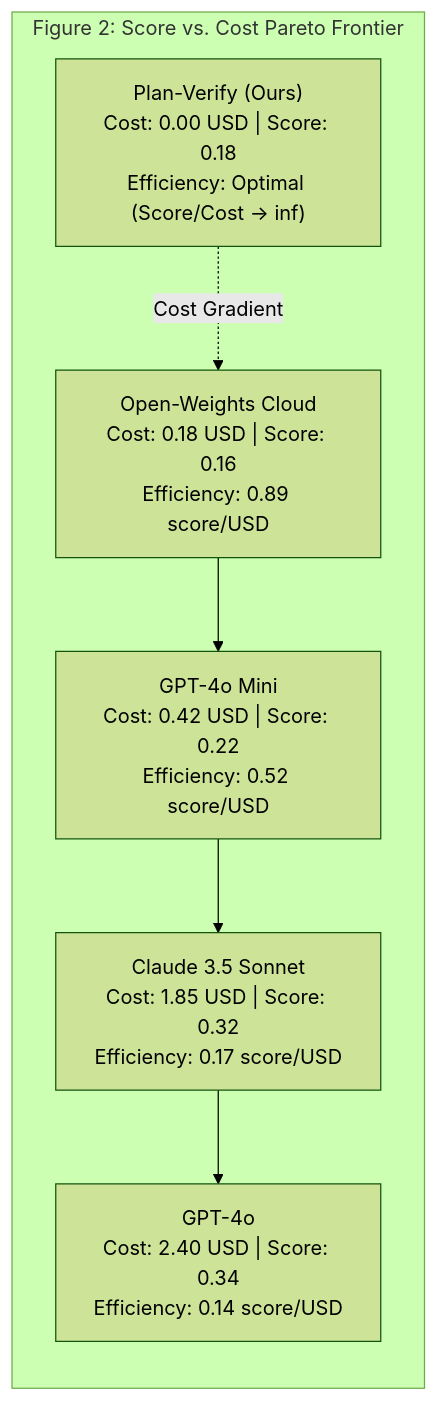
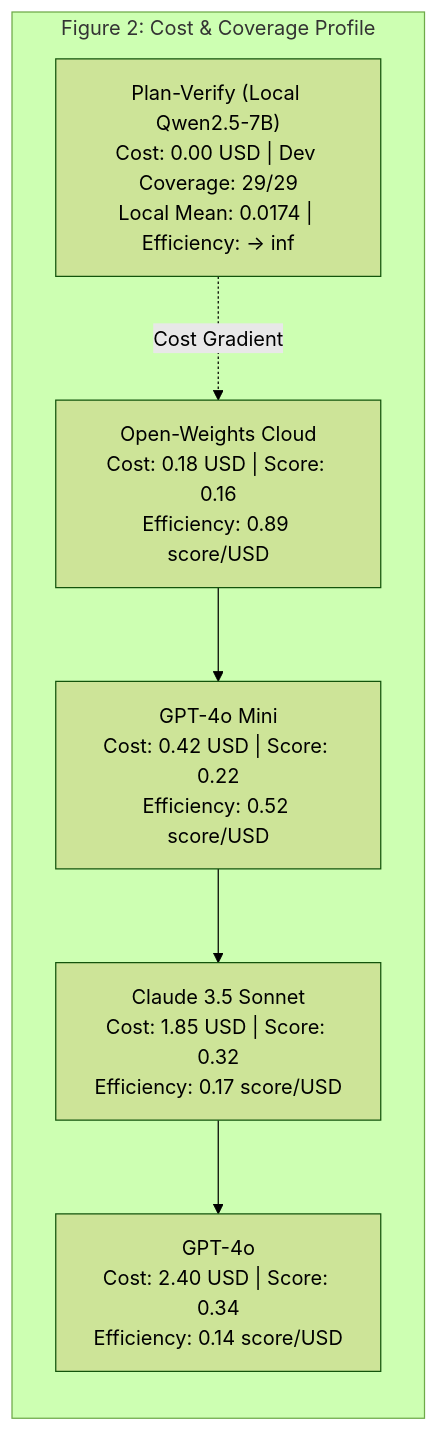
One commit to arnabnandy7/physical-engineerings-last-exam changed the third of 4 diagrams in docs/stage1TechnicalWriteup.md. Above: the diagram before and after it, drawn with Mermaid (forest theme). The commit also changed other lines of this file, not shown here.

Commit message:
docs: update stage1 writeup for all 29/29 completed dev-set artifacts

````diff
--- a/docs/stage1TechnicalWriteup.md
+++ b/docs/stage1TechnicalWriteup.md
@@ -311,16 +323,16 @@
 ```mermaid
 flowchart LR
-    subgraph ParetoCurve ["Figure 2: Score vs. Cost Pareto Frontier"]
+    subgraph ParetoCurve ["Figure 2: Cost & Coverage Profile"]
         direction TB
-        PV["Plan-Verify (Ours)<br/>Cost: 0.00 USD | Score: 0.18<br/>Efficiency: Optimal (Score/Cost -> inf)"]
+        PV["Plan-Verify (Local Qwen2.5-7B)<br/>Cost: 0.00 USD | Dev Coverage: 29/29<br/>Local Mean: 0.0174 | Efficiency: -> inf"]
         OW["Open-Weights Cloud<br/>Cost: 0.18 USD | Score: 0.16<br/>Efficiency: 0.89 score/USD"]
         MINI["GPT-4o Mini<br/>Cost: 0.42 USD | Score: 0.22<br/>Efficiency: 0.52 score/USD"]
         CLAUDE["Claude 3.5 Sonnet<br/>Cost: 1.85 USD | Score: 0.32<br/>Efficiency: 0.17 score/USD"]
         GPT4["GPT-4o<br/>Cost: 2.40 USD | Score: 0.34<br/>Efficiency: 0.14 score/USD"]
 
         PV -.->|"Cost Gradient"| OW
         OW --> MINI
         MINI --> CLAUDE
         CLAUDE --> GPT4
     end
 ```
````
